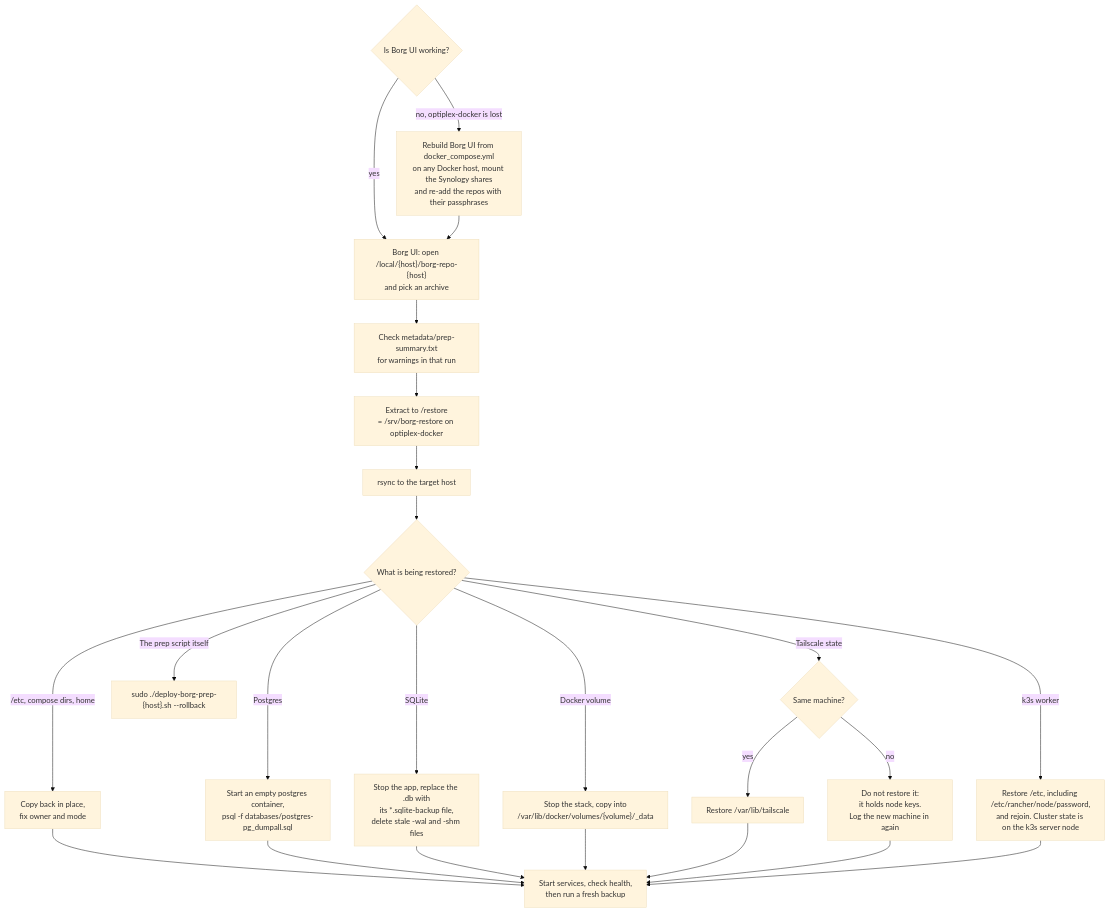
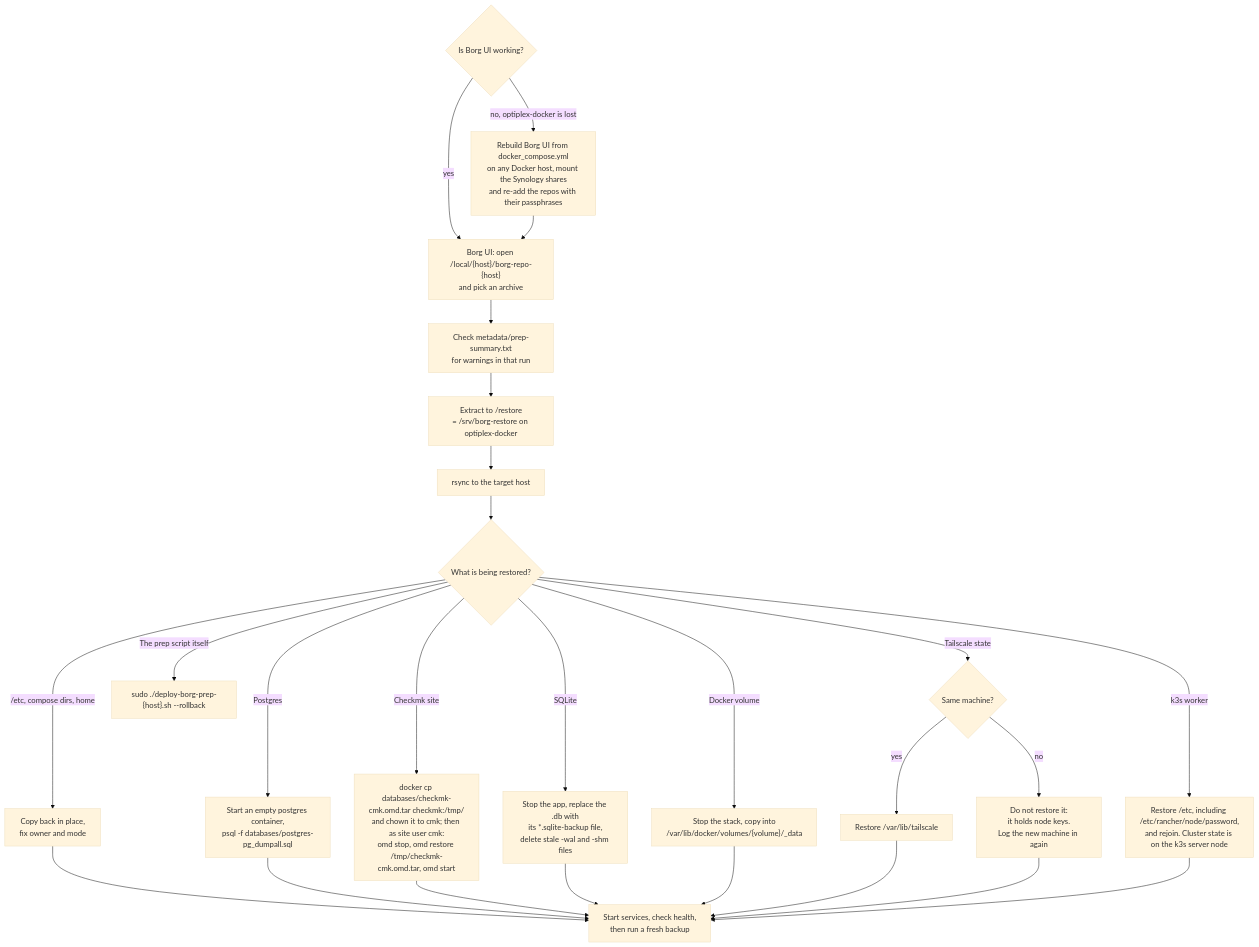
The fourth of 4 diagrams in borg-backup/README.md (BladerunnerxRC/Docker), drawn with Mermaid (base theme) before and after one commit. The commit also changed other lines of this file and 9 other files, not shown here.

First line of the commit message:
borg-backup: 3.0.0 - local script backups, Checkmk omd backup, ~/scripts/borgbackup

````diff
--- a/borg-backup/README.md
+++ b/borg-backup/README.md
@@ -120,23 +120,24 @@
 ```mermaid
 flowchart TD
     START{"Is Borg UI working?"}
     START -- yes --> PICK["Borg UI: open /local/{host}/borg-repo-{host}<br/>and pick an archive"]
     START -- "no, optiplex-docker is lost" --> DR["Rebuild Borg UI from docker_compose.yml<br/>on any Docker host, mount the Synology shares<br/>and re-add the repos with their passphrases"]
     DR --> PICK
     PICK --> SUM["Check metadata/prep-summary.txt<br/>for warnings in that run"]
     SUM --> EXT["Extract to /restore<br/>= /srv/borg-restore on optiplex-docker"]
     EXT --> COPY["rsync to the target host"]
     COPY --> WHAT{"What is being restored?"}
 
     WHAT -- "/etc, compose dirs, home" --> CFG["Copy back in place,<br/>fix owner and mode"]
     WHAT -- "Postgres" --> PG["Start an empty postgres container,<br/>psql -f databases/postgres-pg_dumpall.sql"]
+    WHAT -- "Checkmk site" --> CMK["docker cp databases/checkmk-cmk.omd.tar checkmk:/tmp/<br/>and chown it to cmk; then as site user cmk:<br/>omd stop, omd restore /tmp/checkmk-cmk.omd.tar, omd start"]
     WHAT -- "SQLite" --> SQ["Stop the app, replace the .db with<br/>its *.sqlite-backup file,<br/>delete stale -wal and -shm files"]
     WHAT -- "Docker volume" --> VOL["Stop the stack, copy into<br/>/var/lib/docker/volumes/{volume}/_data"]
     WHAT -- "Tailscale state" --> TS{"Same machine?"}
     TS -- yes --> TSY["Restore /var/lib/tailscale"]
     TS -- no --> TSN["Do not restore it:<br/>it holds node keys.<br/>Log the new machine in again"]
     WHAT -- "k3s worker" --> K3["Restore /etc, including /etc/rancher/node/password,<br/>and rejoin. Cluster state is on the k3s server node"]
     WHAT -- "The prep script itself" --> PS["sudo ./deploy-borg-prep-{host}.sh --rollback"]
 
-    CFG & PG & SQ & VOL & TSY & TSN & K3 --> CHECK["Start services, check health,<br/>then run a fresh backup"]
+    CFG & PG & CMK & SQ & VOL & TSY & TSN & K3 --> CHECK["Start services, check health,<br/>then run a fresh backup"]
 ```
````
